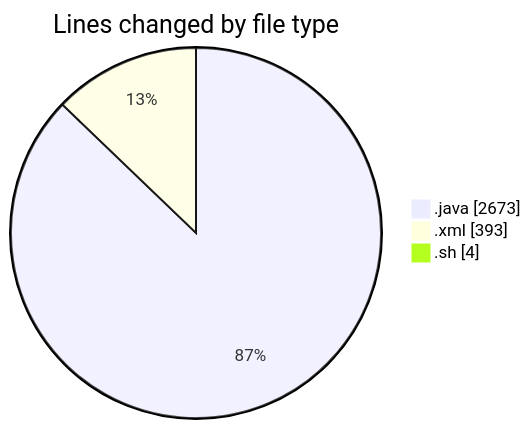
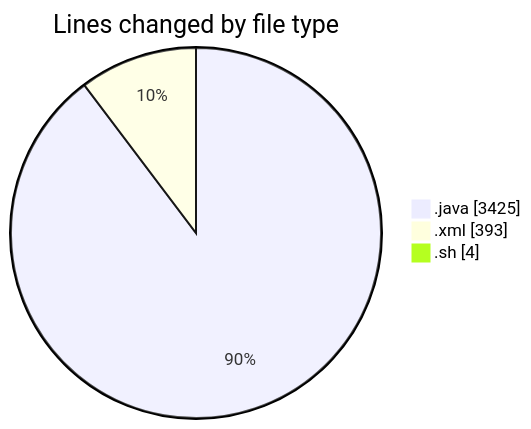
Before and after one commit to charlie-sans/code-tracking: the first of 2 diagrams in 2025-03-09/jmasm/README.md, drawn with Mermaid. The commit also changed other lines of this file and 1 other file, not shown here.

````diff
--- a/2025-03-09/jmasm/README.md
+++ b/2025-03-09/jmasm/README.md
@@ -29,7 +31,7 @@
 ```mermaid
 pie showData
 title Lines changed by file type
-".java" : 2673
+".java" : 3425
 ".xml" : 393
 ".sh" : 4
 ```
````
